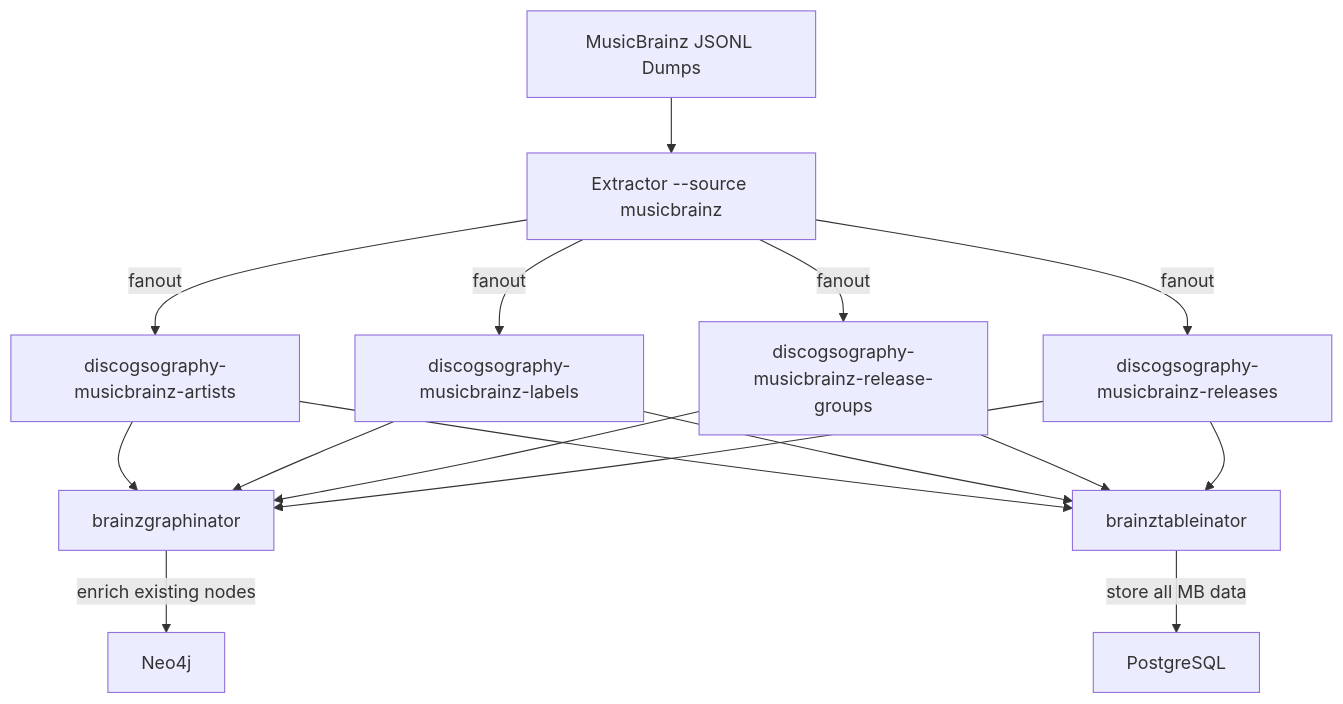
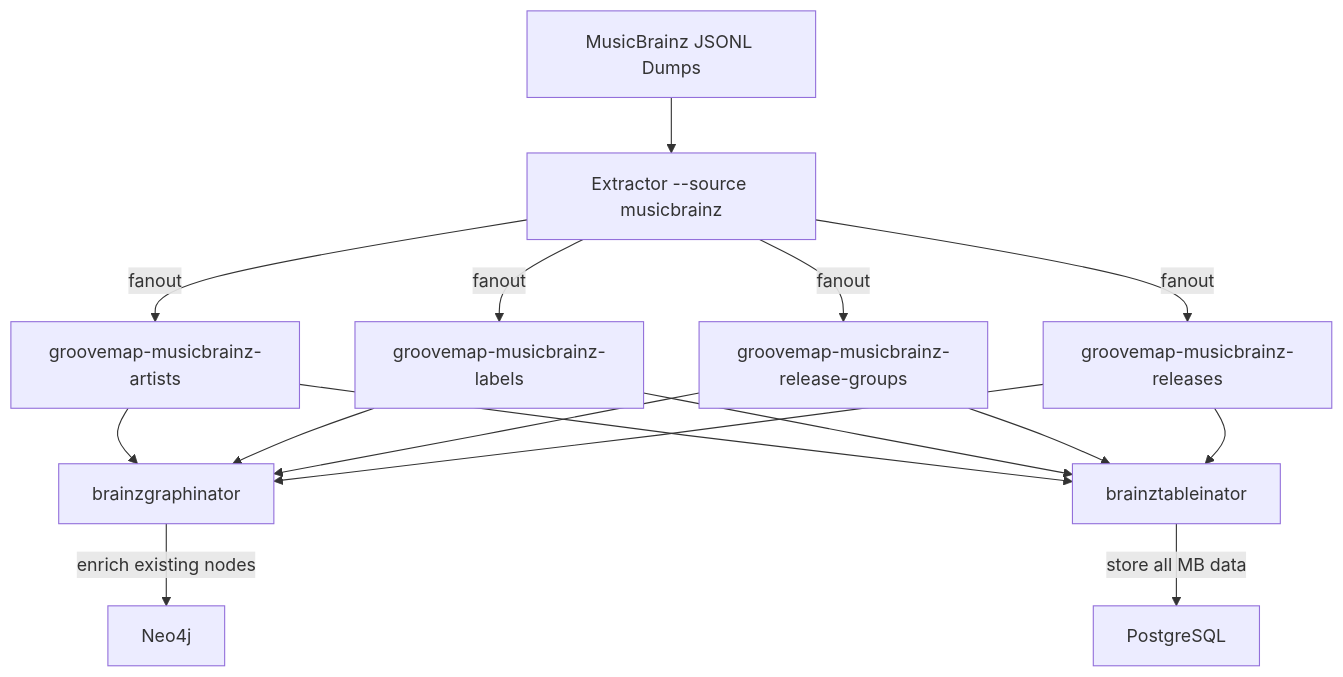
Before and after one commit to groovemap-music/musicbrainz-graph-enricher: the diagram in docs/musicbrainz-sync.md, drawn with Mermaid. The commit also changed other lines of this file and 24 other files, not shown here.

````diff
--- a/docs/musicbrainz-sync.md
+++ b/docs/musicbrainz-sync.md
@@ -9,18 +9,18 @@
 ```mermaid
 graph TD
     MB[MusicBrainz JSONL Dumps] --> EXT[Extractor --source musicbrainz]
-    EXT -->|fanout| EA[discogsography-musicbrainz-artists]
-    EXT -->|fanout| EL[discogsography-musicbrainz-labels]
-    EXT -->|fanout| ERG[discogsography-musicbrainz-release-groups]
-    EXT -->|fanout| ER[discogsography-musicbrainz-releases]
+    EXT -->|fanout| EA[groovemap-musicbrainz-artists]
+    EXT -->|fanout| EL[groovemap-musicbrainz-labels]
+    EXT -->|fanout| ERG[groovemap-musicbrainz-release-groups]
+    EXT -->|fanout| ER[groovemap-musicbrainz-releases]
     EA --> BG[brainzgraphinator]
     EA --> BT[brainztableinator]
     EL --> BG
     EL --> BT
     ERG --> BG
     ERG --> BT
     ER --> BG
     ER --> BT
     BG -->|enrich existing nodes| NEO[Neo4j]
     BT -->|store all MB data| PG[PostgreSQL]
 ```
````
